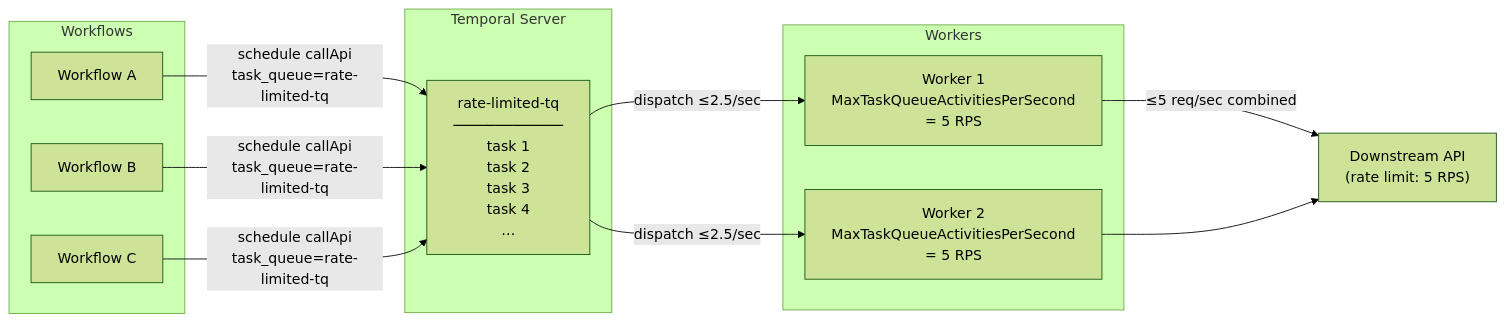
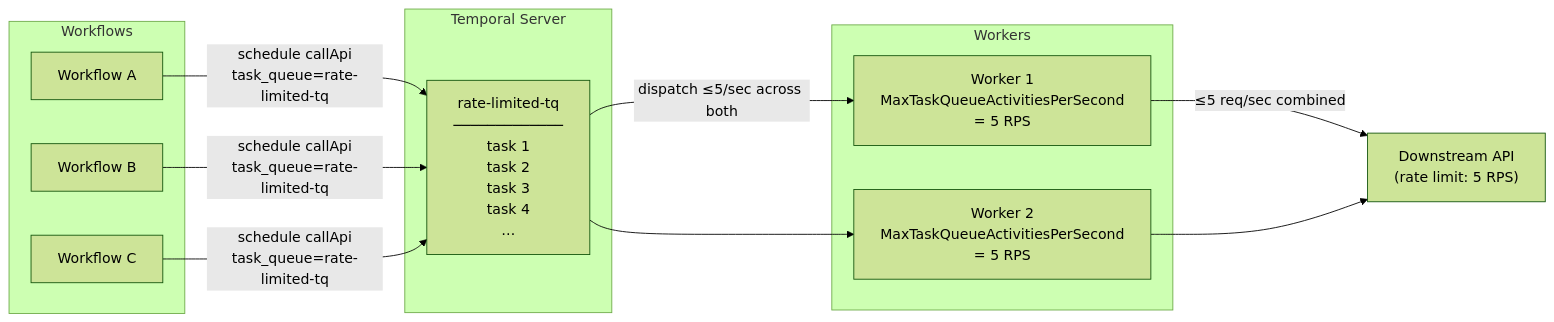
The diagram in docs/design-patterns/downstream-rate-limiting.mdx (temporalio/documentation), drawn with Mermaid (forest theme) before and after one commit. The commit also changed other lines of this file and 98 other files, not shown here.

````diff
--- a/docs/design-patterns/downstream-rate-limiting.mdx
+++ b/docs/design-patterns/downstream-rate-limiting.mdx
@@ -36,27 +35,27 @@
 ```mermaid
 flowchart LR
     subgraph Workflows
         WA[Workflow A]
         WB[Workflow B]
         WC[Workflow C]
     end
 
     subgraph Temporal Server
         TQ["rate-limited-tq\n─────────────\ntask 1\ntask 2\ntask 3\ntask 4\n…"]
     end
 
     subgraph Workers
         WK1["Worker 1\nMaxTaskQueueActivitiesPerSecond\n= 5 RPS"]
         WK2["Worker 2\nMaxTaskQueueActivitiesPerSecond\n= 5 RPS"]
     end
 
     DS["Downstream API\n(rate limit: 5 RPS)"]
 
     WA -->|"schedule callApi\ntask_queue=rate-limited-tq"| TQ
     WB -->|"schedule callApi\ntask_queue=rate-limited-tq"| TQ
     WC -->|"schedule callApi\ntask_queue=rate-limited-tq"| TQ
-    TQ -->|"dispatch ≤2.5/sec"| WK1
-    TQ -->|"dispatch ≤2.5/sec"| WK2
+    TQ -->|"dispatch ≤5/sec across both"| WK1
+    TQ --> WK2
     WK1 -->|"≤5 req/sec combined"| DS
     WK2 --> DS
 ```
````
